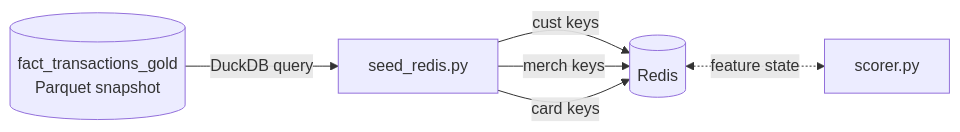
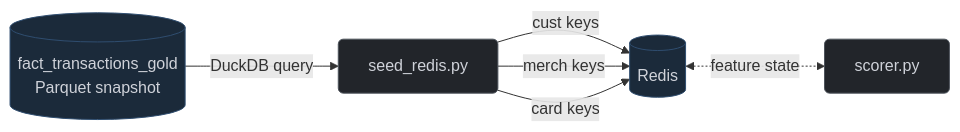
The diagram in documentation/components/redis_seeder.md (harshafaik/RiskFabric), drawn with Mermaid before and after one commit. The commit also changed other lines of this file and 39 other files, not shown here.

````diff
--- a/documentation/components/redis_seeder.md
+++ b/documentation/components/redis_seeder.md
@@ -11,8 +9,10 @@
 ```mermaid
 flowchart LR
-    Gold[(fact_transactions_gold\nParquet snapshot)] -->|DuckDB query| Seeder["seed_redis.py"]
-    Seeder -->|cust keys| Redis[(Redis)]
+    classDef store fill:#1b2a3a,stroke:#304e70,stroke-width:1px,rx:5px,ry:5px,color:#cfd2d9;
+    classDef script fill:#22252a,stroke:#4d535b,stroke-width:1px,rx:5px,ry:5px,color:#cfd2d9;
+    Gold[(fact_transactions_gold\nParquet snapshot)]:::store -->|DuckDB query| Seeder["seed_redis.py"]:::script
+    Seeder -->|cust keys| Redis[(Redis)]:::store
     Seeder -->|merch keys| Redis
     Seeder -->|card keys| Redis
-    Redis <-.->|feature state| Scorer["scorer.py"]
+    Redis <-.->|feature state| Scorer["scorer.py"]:::script
 ```
````
